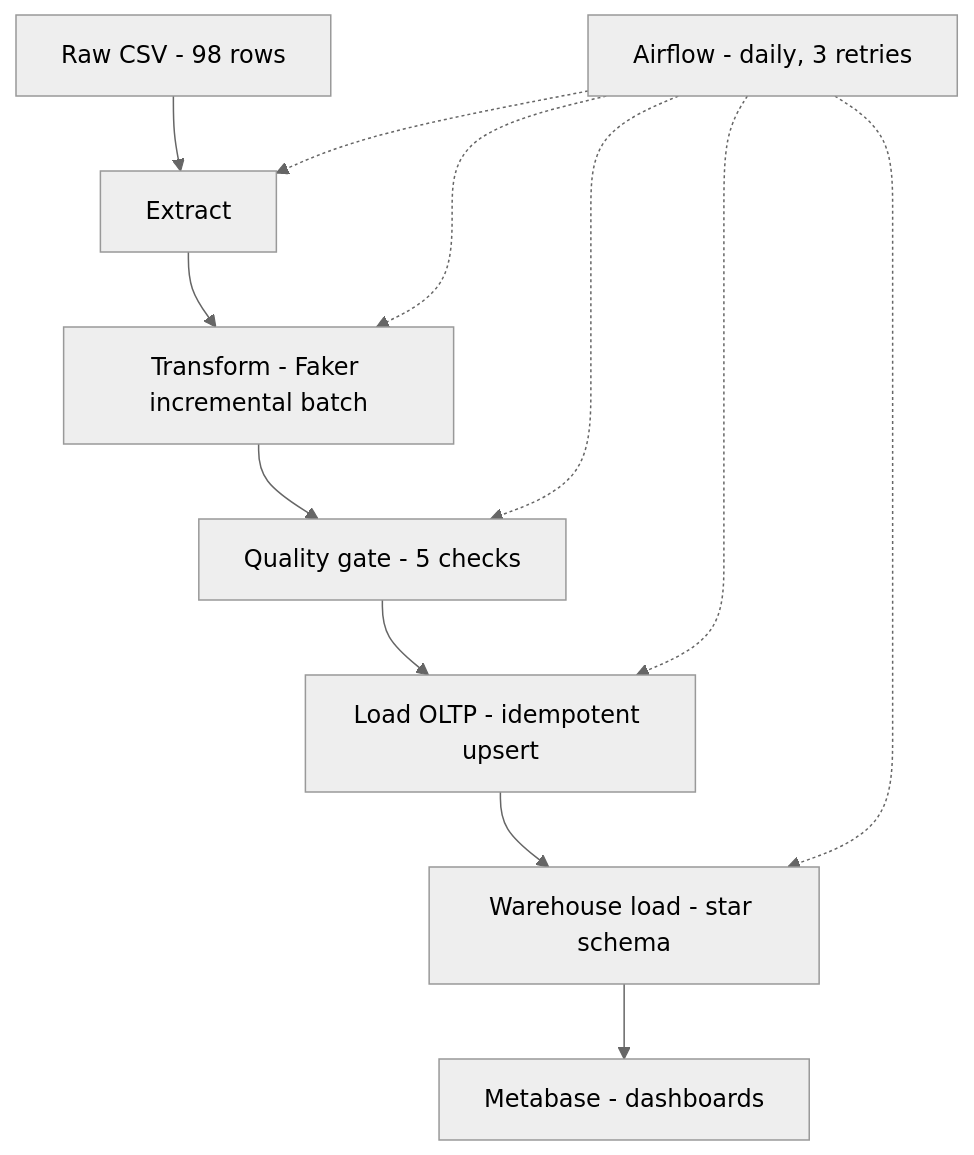
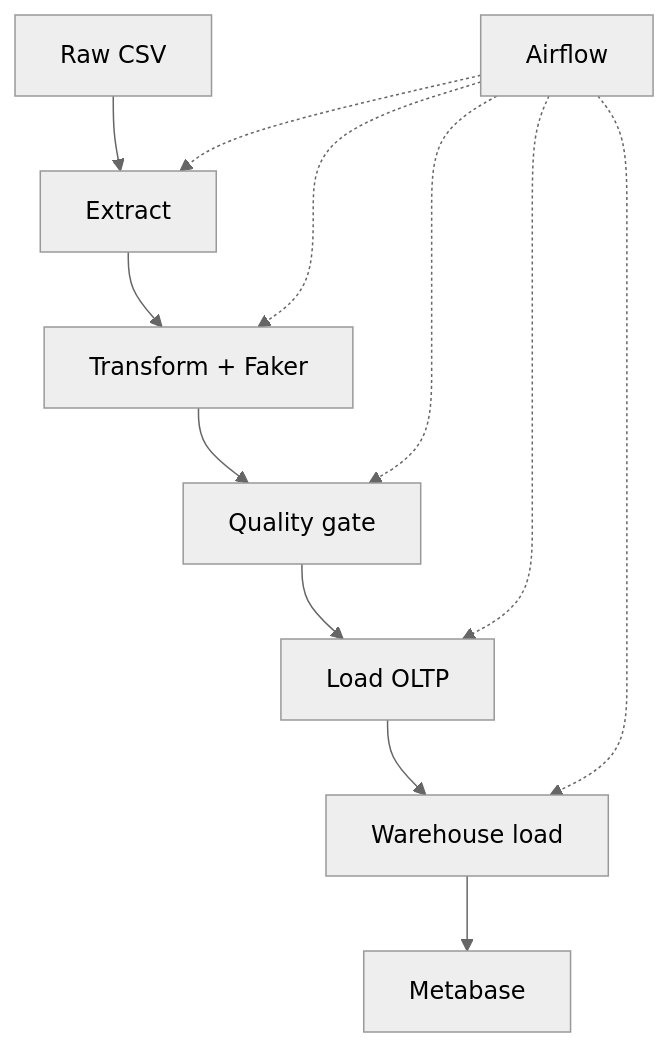
One commit to sthasamin2019/football-data-warehouse changed the diagram in README.md. Above: the diagram before and after it, drawn with Mermaid (neutral theme). The commit also changed other lines of this file, not shown here.

Commit message:
Simplify mermaid syntax for better GitHub compatibility

````diff
--- a/README.md
+++ b/README.md
@@ -21,14 +21,14 @@
 ```mermaid
 flowchart TD
-    A[Raw CSV - 98 rows] --> B[Extract]
-    B --> C[Transform - Faker incremental batch]
-    C --> D[Quality gate - 5 checks]
-    D --> E[Load OLTP - idempotent upsert]
-    E --> F[Warehouse load - star schema]
-    F --> G[Metabase - dashboards]
-    H[Airflow - daily, 3 retries] -.-> B
+    A[Raw CSV] --> B[Extract]
+    B --> C[Transform + Faker]
+    C --> D[Quality gate]
+    D --> E[Load OLTP]
+    E --> F[Warehouse load]
+    F --> G[Metabase]
+    H[Airflow] -.-> B
     H -.-> C
     H -.-> D
     H -.-> E
     H -.-> F
 ```
````
